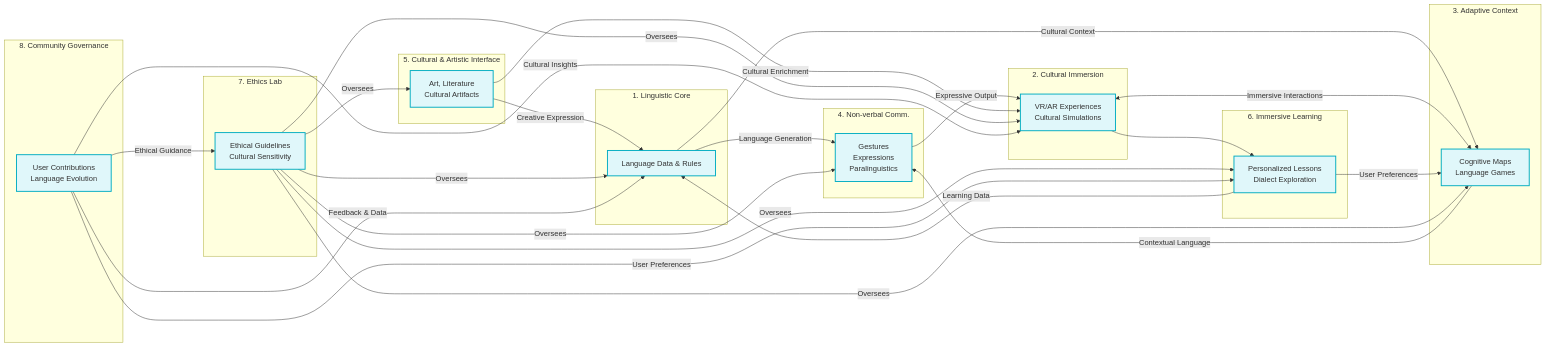
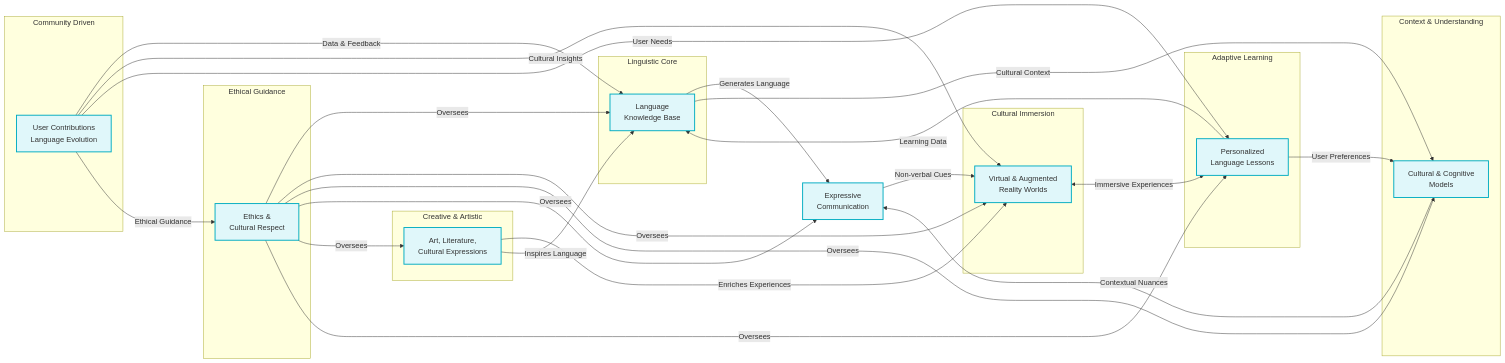
One commit to Git-Fg/Eve_Project changed the first of 2 diagrams in README.md. Above: the diagram before and after it, drawn with Mermaid.

````diff
--- a/README.md
+++ b/README.md
@@ -9,55 +9,52 @@
 ```mermaid
 graph LR
-    subgraph "1. Linguistic Core"
-        A["Language Data & Rules"]
+    subgraph "Linguistic Core"
+        A["Language<br/>Knowledge Base"]
     end
-    subgraph "2. Cultural Immersion"
-        B["VR/AR Experiences<br/>Cultural Simulations"]
+    subgraph "Cultural Immersion"
+        B["Virtual & Augmented<br/>Reality Worlds"]
     end
-    subgraph "3. Adaptive Context"
-        C["Cognitive Maps<br/>Language Games"]
-    end
-    subgraph "4. Non-verbal Comm."
-        D["Gestures<br/>Expressions<br/>Paralinguistics"]
+    subgraph "Adaptive Learning"
+        F["Personalized<br/>Language Lessons"]
     end
 
-    A -->|"Language Generation"| D
+    A -->|"Generates Language"| D["Expressive<br/>Communication"]
+    B <-->|"Immersive Experiences"| F 
+    
+    subgraph "Context & Understanding"
+        C["Cultural & Cognitive<br/>Models"]
+    end
     A -->|"Cultural Context"| C
-    B <-->|"Immersive Interactions"| C 
-    C -->|"Contextual Language"| D
-    D -->|"Expressive Output"| B
-    
-    subgraph "5. Cultural & Artistic Interface"
-        E["Art, Literature<br/>Cultural Artifacts"]
-    end
-    E -->|"Cultural Enrichment"| B
-    E -->|"Creative Expression"| A
-
-    subgraph "6. Immersive Learning"
-        F["Personalized Lessons<br/>Dialect Exploration"]
-    end
-    B --> F
+    C -->|"Contextual Nuances"| D
     F -->|"Learning Data"| A
     F -->|"User Preferences"| C
 
-    subgraph "7. Ethics Lab"
-        G["Ethical Guidelines<br/>Cultural Sensitivity"]
+    subgraph "Creative & Artistic"
+        E["Art, Literature,<br/>Cultural Expressions"]
+    end
+    E -->|"Enriches Experiences"| B
+    E -->|"Inspires Language"| A
+
+    D -->|"Non-verbal Cues"| B
+
+    subgraph "Ethical Guidance"
+        G["Ethics &<br/>Cultural Respect"]
     end
     G -->|Oversees| A
     G -->|Oversees| B
     G -->|Oversees| C
     G -->|Oversees| D
     G -->|Oversees| E
     G -->|Oversees| F
     
-    subgraph "8. Community Governance"
+    subgraph "Community Driven"
         H["User Contributions<br/>Language Evolution"]
     end
-    H -->|"Feedback & Data"| A
+    H -->|"Data & Feedback"| A
     H -->|"Cultural Insights"| B
-    H -->|"User Preferences"| F
+    H -->|"User Needs"| F
     H -->|"Ethical Guidance"| G 
 
     classDef module fill:#e0f7fa,stroke:#00acc1,stroke-width:2px;
     class A,B,C,D,E,F,G,H module;
 ```
````
